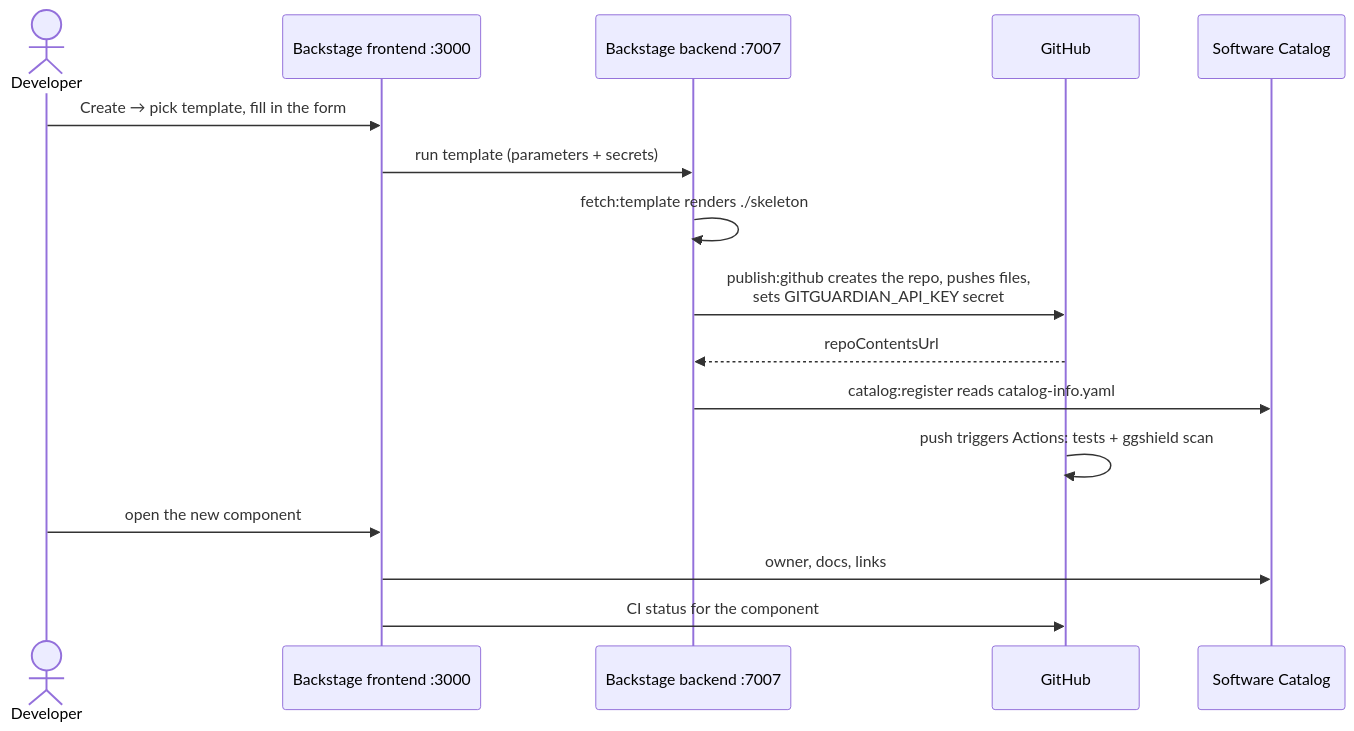
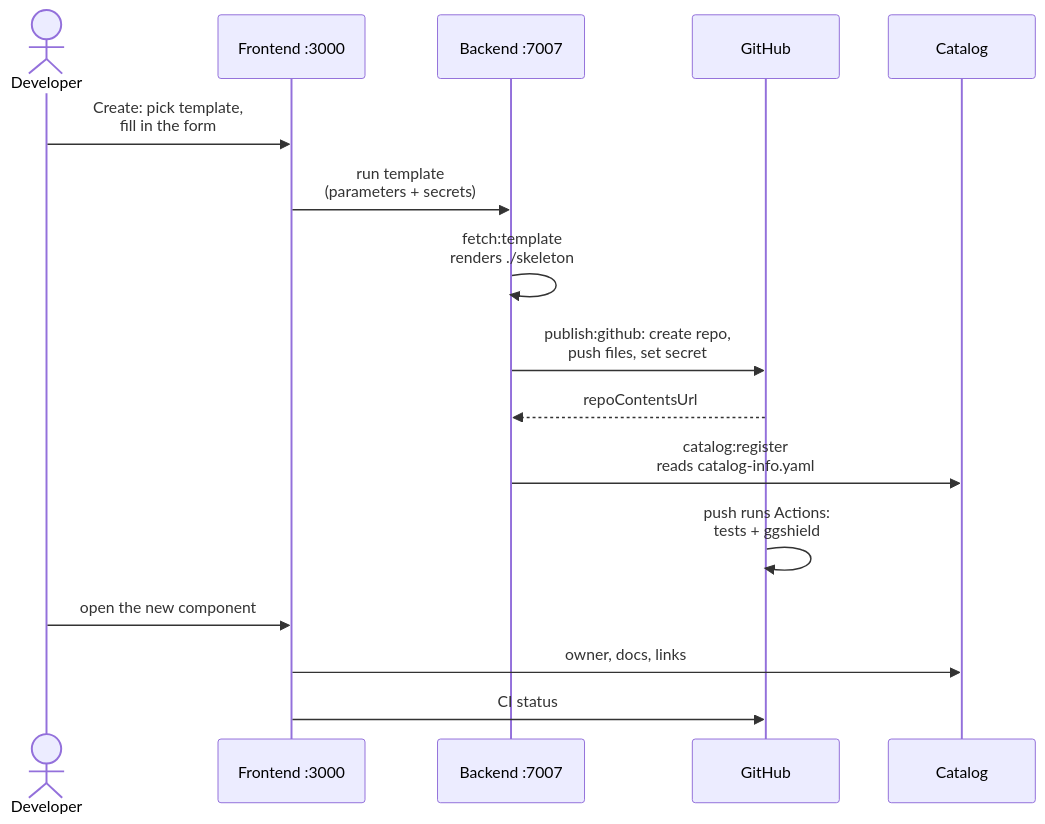
The diagram in _posts/2025-05-13-chapter-3-1-backstage-guide-1.md (e-choness/portfolio-site), drawn with Mermaid before and after one commit. The commit also changed 22 other files, not shown here.

Commit message:
improve diagram display

````diff
--- a/_posts/2025-05-13-chapter-3-1-backstage-guide-1.md
+++ b/_posts/2025-05-13-chapter-3-1-backstage-guide-1.md
@@ -291,18 +291,18 @@
 ```mermaid
 sequenceDiagram
   actor Dev as Developer
-  participant UI as Backstage frontend :3000
-  participant BE as Backstage backend :7007
+  participant UI as Frontend :3000
+  participant BE as Backend :7007
   participant GH as GitHub
-  participant CAT as Software Catalog
-  Dev->>UI: Create → pick template, fill in the form
-  UI->>BE: run template (parameters + secrets)
-  BE->>BE: fetch:template renders ./skeleton
-  BE->>GH: publish:github creates the repo, pushes files,<br/>sets GITGUARDIAN_API_KEY secret
+  participant CAT as Catalog
+  Dev->>UI: Create: pick template,<br/>fill in the form
+  UI->>BE: run template<br/>(parameters + secrets)
+  BE->>BE: fetch:template<br/>renders ./skeleton
+  BE->>GH: publish:github: create repo,<br/>push files, set secret
   GH-->>BE: repoContentsUrl
-  BE->>CAT: catalog:register reads catalog-info.yaml
-  GH->>GH: push triggers Actions: tests + ggshield scan
+  BE->>CAT: catalog:register<br/>reads catalog-info.yaml
+  GH->>GH: push runs Actions:<br/>tests + ggshield
   Dev->>UI: open the new component
   UI->>CAT: owner, docs, links
-  UI->>GH: CI status for the component
+  UI->>GH: CI status
 ```
````
